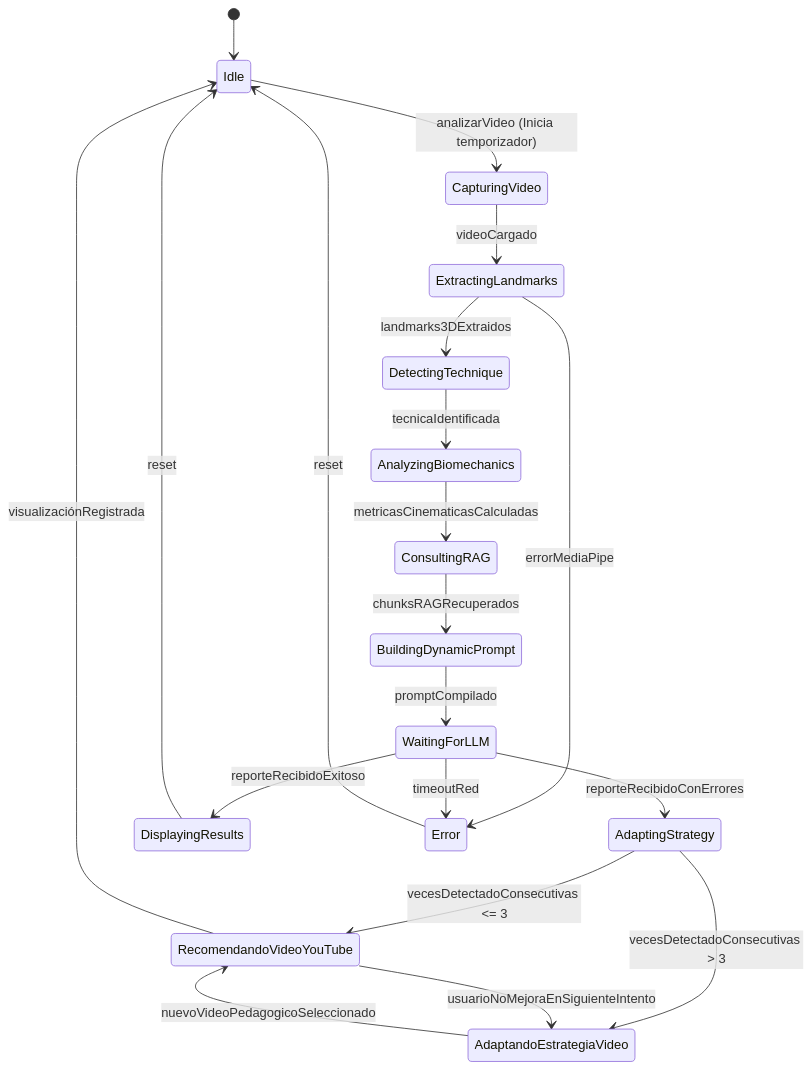
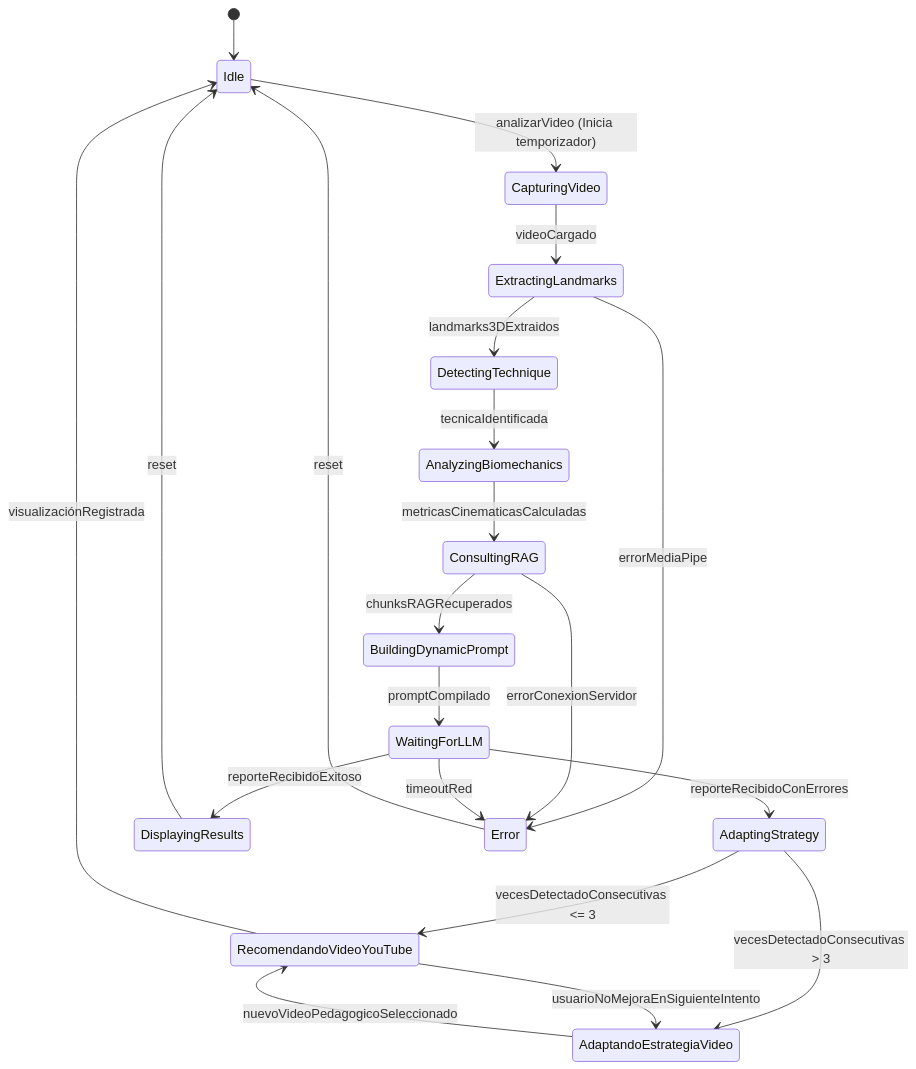
The tenth of 12 diagrams in README.md (Tsmrain/Documentacion), drawn with Mermaid before and after one commit. The commit also changed other lines of this file, not shown here.

Commit message:
docs: update architectural documentation to reflect centralized RAG transition and refine interface type definitions

````diff
--- a/README.md
+++ b/README.md
@@ -1223,27 +1223,28 @@
 ```mermaid
 stateDiagram-v2
     [*] --> Idle
     Idle --> CapturingVideo : analizarVideo (Inicia temporizador)
     CapturingVideo --> ExtractingLandmarks : videoCargado
     ExtractingLandmarks --> DetectingTechnique : landmarks3DExtraidos
     DetectingTechnique --> AnalyzingBiomechanics : tecnicaIdentificada
     AnalyzingBiomechanics --> ConsultingRAG : metricasCinematicasCalculadas
     ConsultingRAG --> BuildingDynamicPrompt : chunksRAGRecuperados
     BuildingDynamicPrompt --> WaitingForLLM : promptCompilado
     WaitingForLLM --> AdaptingStrategy : reporteRecibidoConErrores
     WaitingForLLM --> DisplayingResults : reporteRecibidoExitoso
     
     AdaptingStrategy --> RecomendandoVideoYouTube : vecesDetectadoConsecutivas <= 3
     AdaptingStrategy --> AdaptandoEstrategiaVideo : vecesDetectadoConsecutivas > 3
     
     RecomendandoVideoYouTube --> Idle : visualizaciónRegistrada
     RecomendandoVideoYouTube --> AdaptandoEstrategiaVideo : usuarioNoMejoraEnSiguienteIntento
     
     AdaptandoEstrategiaVideo --> RecomendandoVideoYouTube : nuevoVideoPedagogicoSeleccionado
     
     DisplayingResults --> Idle : reset
     
     ExtractingLandmarks --> Error : errorMediaPipe
+    ConsultingRAG --> Error : errorConexionServidor
     WaitingForLLM --> Error : timeoutRed
     Error --> Idle : reset
 ```
````
